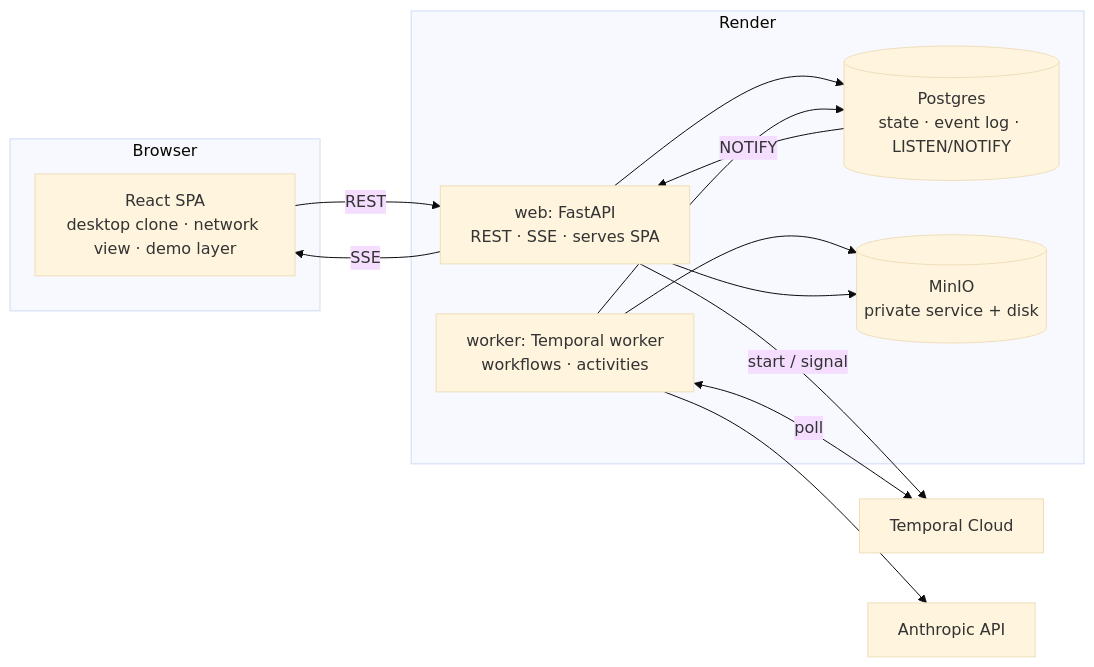
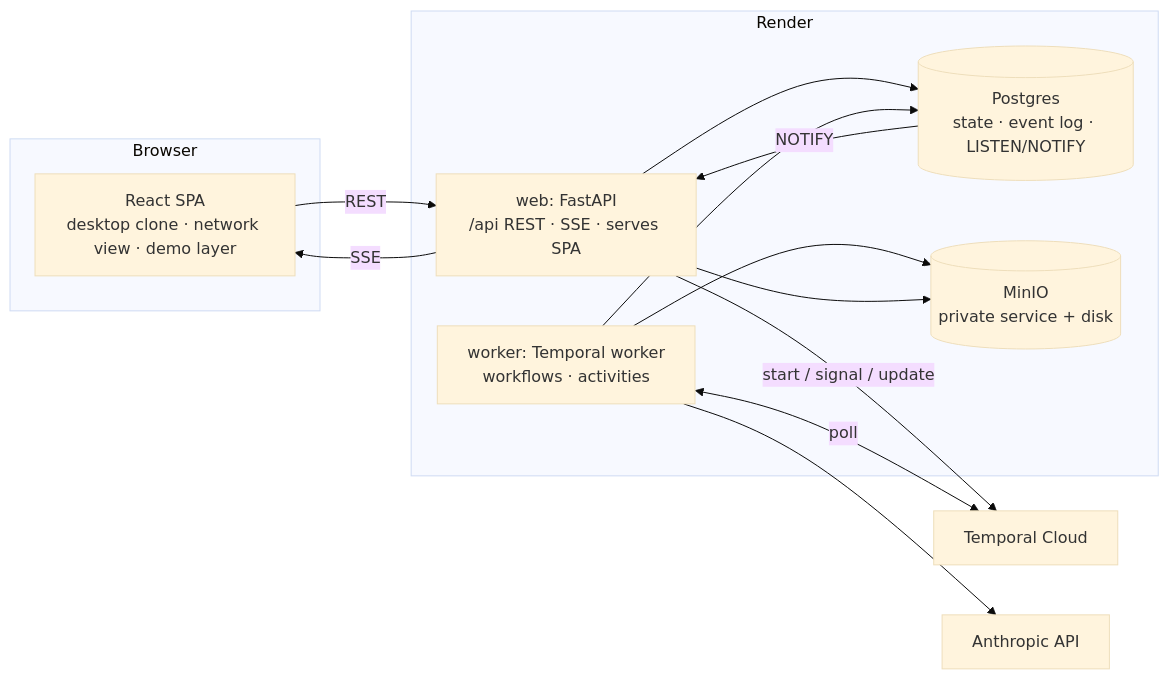
Before and after one commit to wjack/harmony: the first of 2 diagrams in docs/ARCHITECTURE.md, drawn with Mermaid (base theme). The commit also changed other lines of this file and 622 other files, not shown here.

````diff
--- a/docs/ARCHITECTURE.md
+++ b/docs/ARCHITECTURE.md
@@ -70,25 +111,25 @@
 ```mermaid
 flowchart LR
   subgraph Browser
     SPA[React SPA<br/>desktop clone · network view · demo layer]
   end
   subgraph Render
-    API[web: FastAPI<br/>REST · SSE · serves SPA]
+    API[web: FastAPI<br/>/api REST · SSE · serves SPA]
     W[worker: Temporal worker<br/>workflows · activities]
     PG[(Postgres<br/>state · event log · LISTEN/NOTIFY)]
     S3[(MinIO<br/>private service + disk)]
   end
   TC[Temporal Cloud]
   ANT[Anthropic API]
 
   SPA -- REST --> API
   API -- SSE --> SPA
   API --> PG
   PG -- NOTIFY --> API
-  API -- start / signal --> TC
+  API -- start / signal / update --> TC
   W <-- poll --> TC
   W --> PG
   W --> ANT
   W --> S3
   API --> S3
 ```
````
